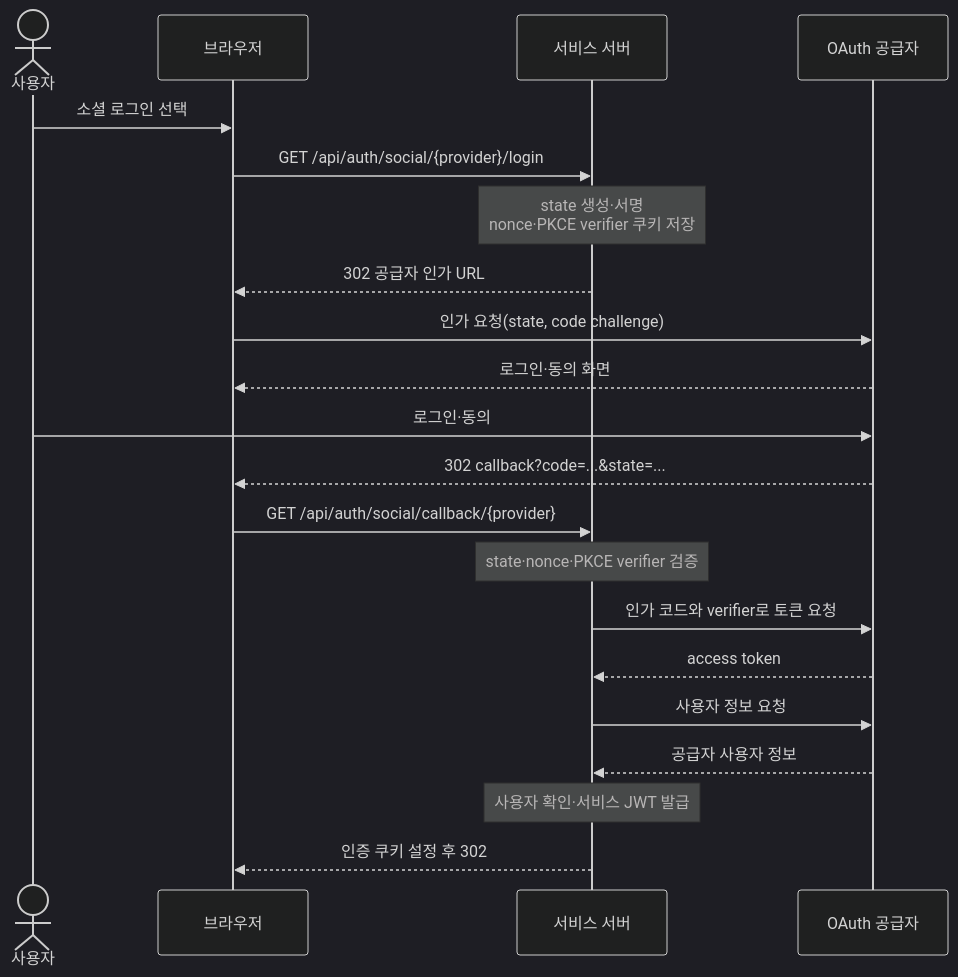
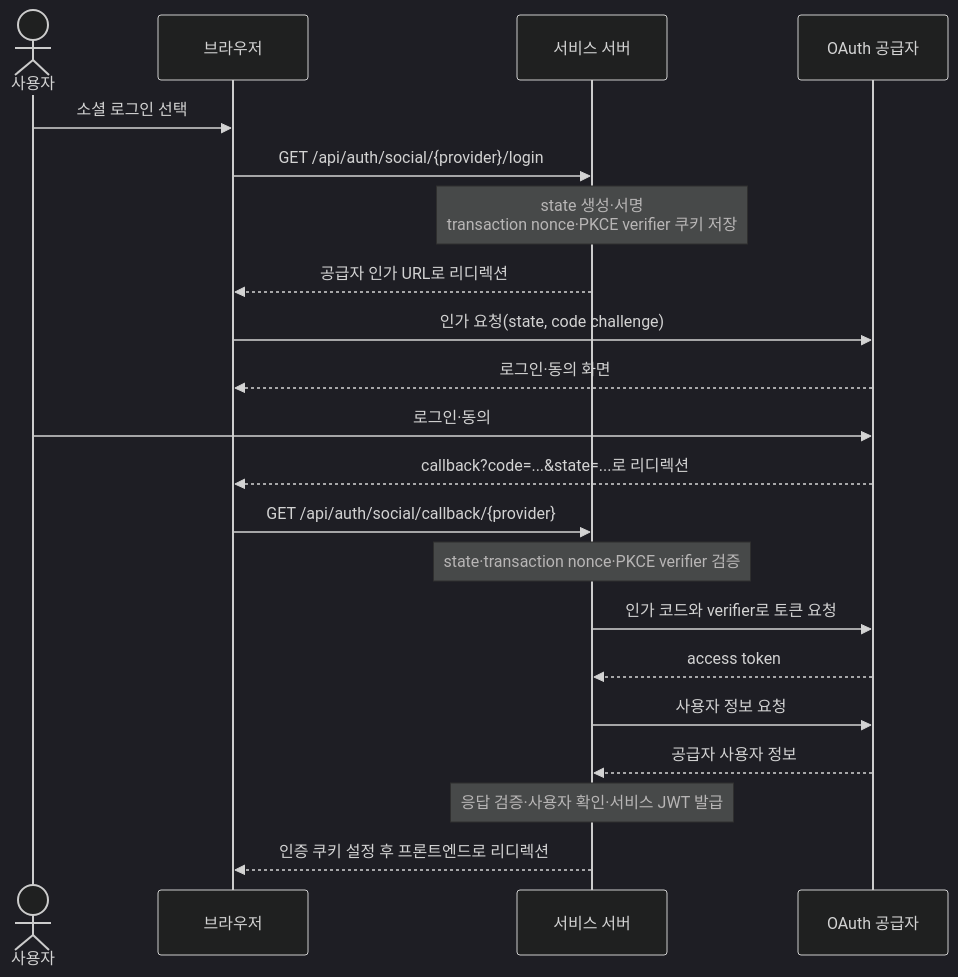
Before and after one commit to winverse/codeit-fs-social-oauth-starter: the diagram in SOCIAL_LOGIN_FLOWS.md, drawn with Mermaid (dark theme). The commit also changed other lines of this file and 14 other files, not shown here.

````diff
--- a/SOCIAL_LOGIN_FLOWS.md
+++ b/SOCIAL_LOGIN_FLOWS.md
@@ -5,24 +5,24 @@
 ```mermaid
 sequenceDiagram
     actor U as 사용자
     participant B as 브라우저
     participant S as 서비스 서버
     participant P as OAuth 공급자
 
     U->>B: 소셜 로그인 선택
     B->>S: GET /api/auth/social/{provider}/login
-    Note over S: state 생성·서명<br/>nonce·PKCE verifier 쿠키 저장
-    S-->>B: 302 공급자 인가 URL
+    Note over S: state 생성·서명<br/>transaction nonce·PKCE verifier 쿠키 저장
+    S-->>B: 공급자 인가 URL로 리디렉션
     B->>P: 인가 요청(state, code challenge)
     P-->>B: 로그인·동의 화면
     U->>P: 로그인·동의
-    P-->>B: 302 callback?code=...&state=...
+    P-->>B: callback?code=...&state=...로 리디렉션
     B->>S: GET /api/auth/social/callback/{provider}
-    Note over S: state·nonce·PKCE verifier 검증
+    Note over S: state·transaction nonce·PKCE verifier 검증
     S->>P: 인가 코드와 verifier로 토큰 요청
     P-->>S: access token
     S->>P: 사용자 정보 요청
     P-->>S: 공급자 사용자 정보
-    Note over S: 사용자 확인·서비스 JWT 발급
-    S-->>B: 인증 쿠키 설정 후 302
+    Note over S: 응답 검증·사용자 확인·서비스 JWT 발급
+    S-->>B: 인증 쿠키 설정 후 프론트엔드로 리디렉션
 ```
````
